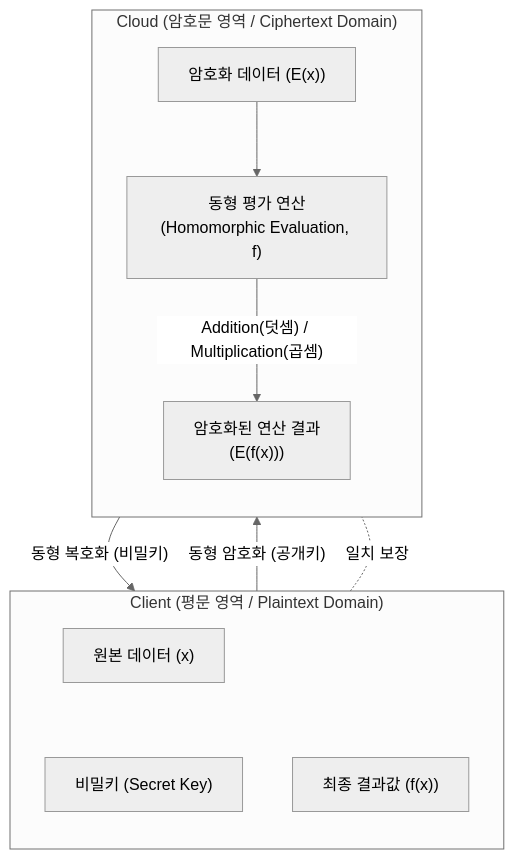
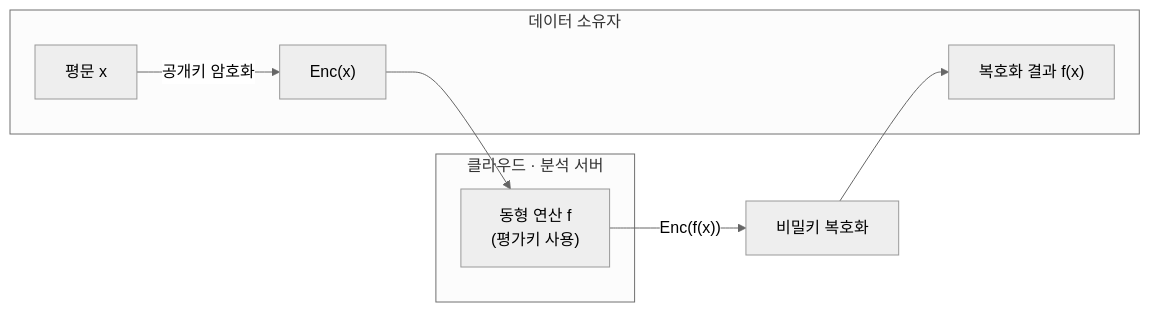
One commit to supremethumb/supremethumb.github.io changed the diagram in content/01_IT Tech/동형 암호.md. Above: the diagram before and after it, drawn with Mermaid (neutral theme). The commit also changed other lines of this file and 1087 other files, not shown here.

````diff
--- a/content/01_IT Tech/동형 암호.md
+++ b/content/01_IT Tech/동형 암호.md
@@ -29,26 +36,13 @@
 ```mermaid
-flowchart TB
-    subgraph Client ["Client (평문 영역 / Plaintext Domain)"]
-        direction TB
-        P_Data["원본 데이터 (x)"]
-        SK["비밀키 (Secret Key)"]
-        Result["최종 결과값 (f(x))"]
-        
-        P_Data ~~~ SK
+flowchart LR
+    subgraph C["데이터 소유자"]
+        X["평문 x"] -->|"공개키 암호화"| EX["Enc(x)"]
+        R["복호화 결과 f(x)"]
     end
-
-    subgraph Cloud ["Cloud (암호문 영역 / Ciphertext Domain)"]
-        direction TB
-        C_Data["암호화 데이터 (E(x))"]
-        Eval["동형 평가 연산<br/>(Homomorphic Evaluation, f)"]
-        C_Result["암호화된 연산 결과<br/>(E(f(x)))"]
-        
-        C_Data --> Eval
-        Eval -->|"Addition(덧셈) / Multiplication(곱셈)"| C_Result
+    subgraph S["클라우드 · 분석 서버"]
+        EV["동형 연산 f<br/>(평가키 사용)"]
     end
-
-    P_Data -- "동형 암호화 (공개키)" --> C_Data
-    C_Result -- "동형 복호화 (비밀키)" --> Result
-    Result -. "일치 보장" .- Eval
-
+    EX --> EV
+    EV -->|"Enc(f(x))"| D["비밀키 복호화"]
+    D --> R
 ```
````
